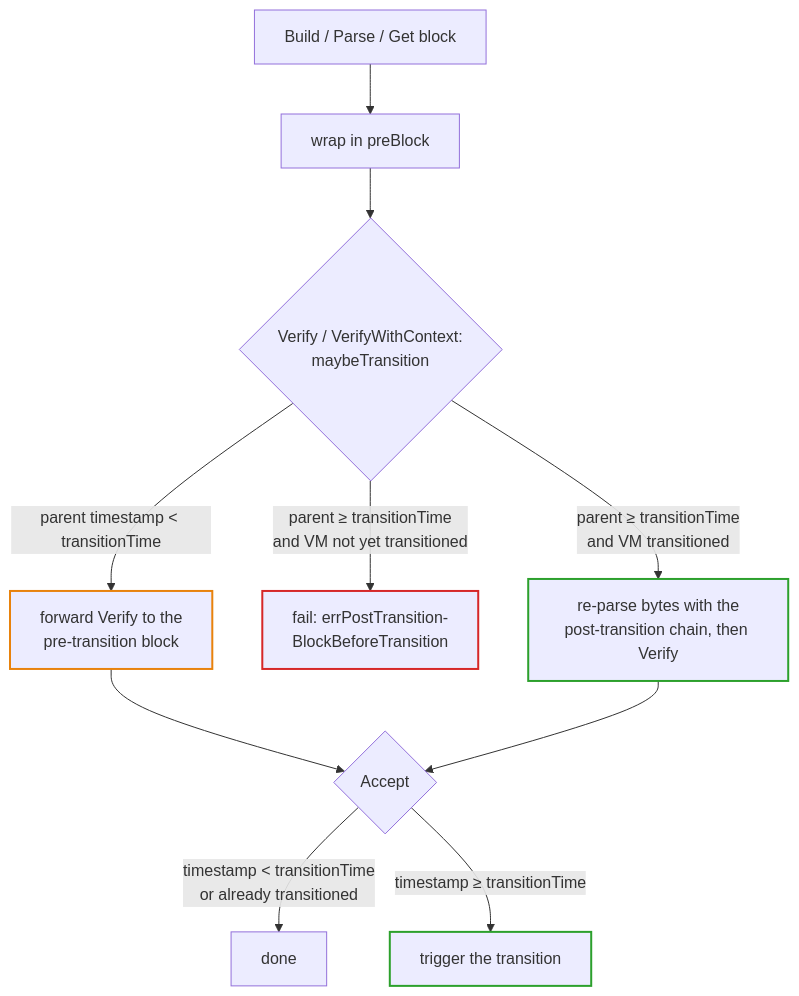
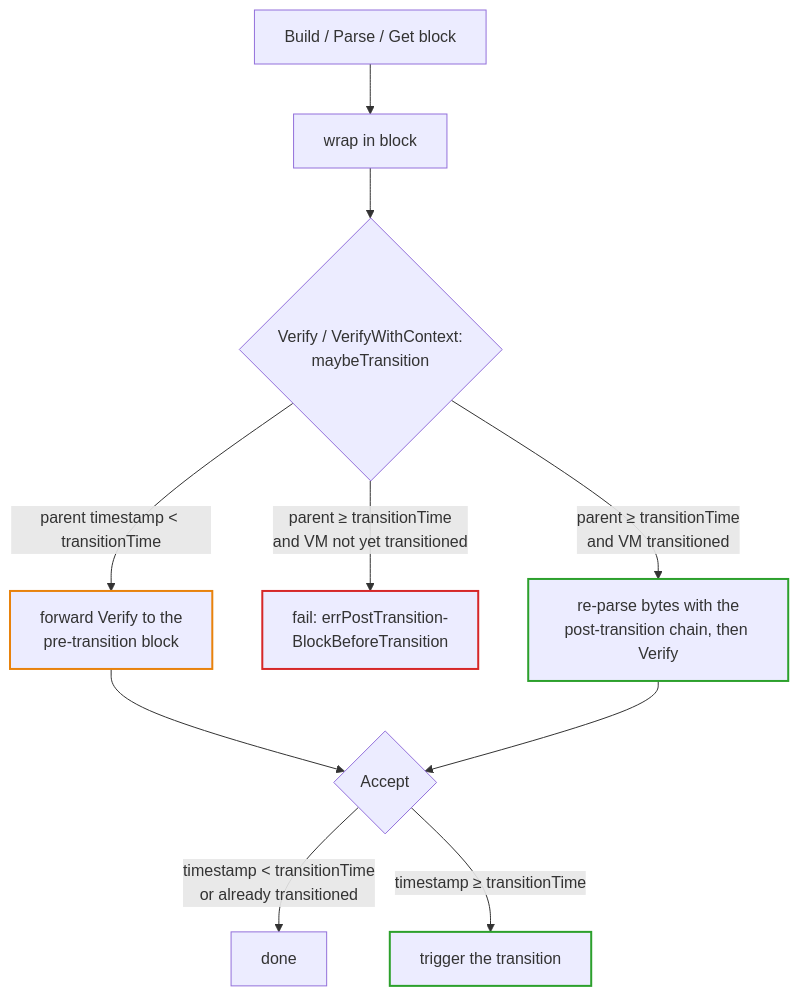
The second of 4 diagrams in vms/transitionvm/README.md (ava-labs/avalanchego), drawn with Mermaid before and after one commit. The commit also changed other lines of this file and 5 other files, not shown here.

````diff
--- a/vms/transitionvm/README.md
+++ b/vms/transitionvm/README.md
@@ -69,19 +69,19 @@
 ```mermaid
 flowchart TD
-    A["Build / Parse / Get block"] --> B["wrap in preBlock"]
+    A["Build / Parse / Get block"] --> B["wrap in block"]
     B --> C{"Verify / VerifyWithContext:<br/>maybeTransition"}
     C -->|"parent timestamp &lt; transitionTime"| D["forward Verify to the<br/>pre-transition block"]
     C -->|"parent ≥ transitionTime<br/>and VM not yet transitioned"| E["fail: errPostTransition-<br/>BlockBeforeTransition"]
     C -->|"parent ≥ transitionTime<br/>and VM transitioned"| F["re-parse bytes with the<br/>post-transition chain, then Verify"]
     D --> G{"Accept"}
     F --> G
     G -->|"timestamp &lt; transitionTime<br/>or already transitioned"| H["done"]
     G -->|"timestamp ≥ transitionTime"| I["trigger the transition"]
 
     classDef preCls stroke:#e8820c,stroke-width:2px;
     classDef postCls stroke:#2ca02c,stroke-width:2px;
     classDef errCls stroke:#d62728,stroke-width:2px;
     class D preCls;
     class F,I postCls;
     class E errCls;
 ```
````
